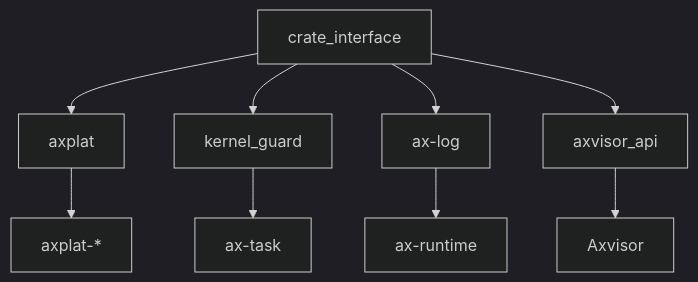
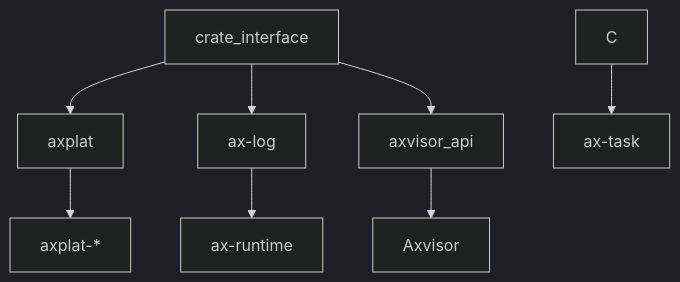
Before and after one commit to rcore-os/tgoskits: the second of 2 diagrams in docs/docs/components/crates/ax-crate-interface.md, drawn with Mermaid (dark theme). The commit also changed other lines of this file and 333 other files, not shown here.

````diff
--- a/docs/docs/components/crates/ax-crate-interface.md
+++ b/docs/docs/components/crates/ax-crate-interface.md
@@ -163,12 +162,11 @@
 ```mermaid
 graph TD
     A[crate_interface]
     A --> B[axplat]
-    A --> C[kernel_guard]
     A --> D[ax-log]
     A --> E[axvisor_api]
     B --> F[axplat-*]
     D --> G[ax-runtime]
     C --> H[ax-task]
     E --> I[Axvisor]
 ```
````
